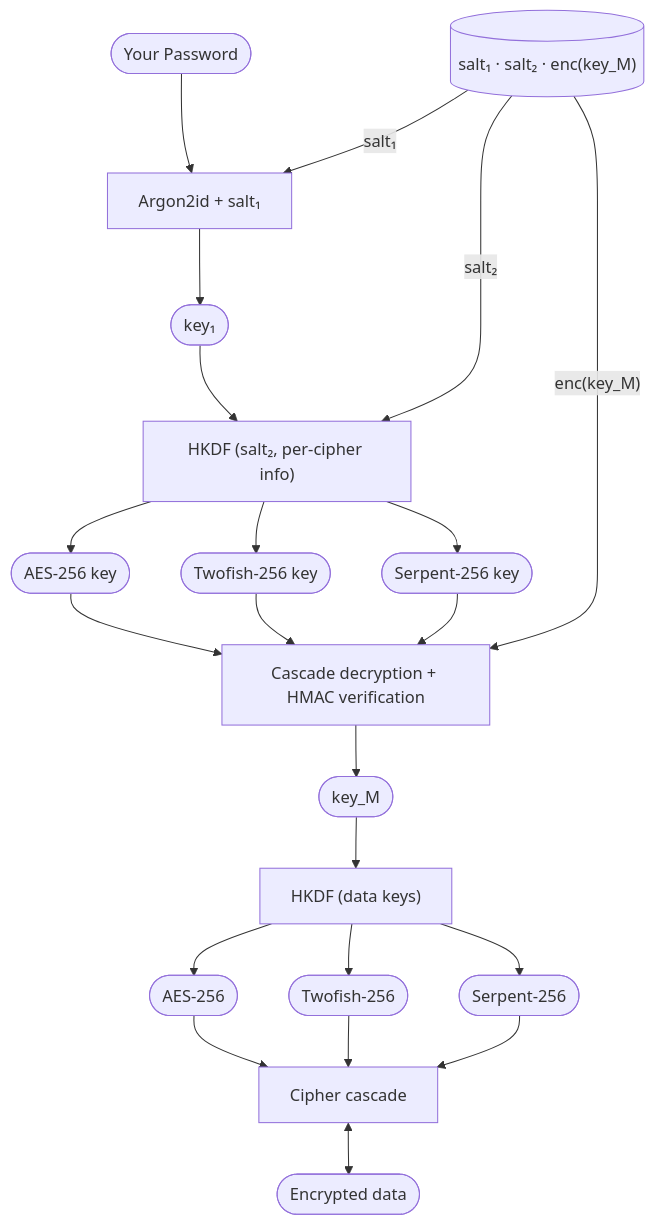
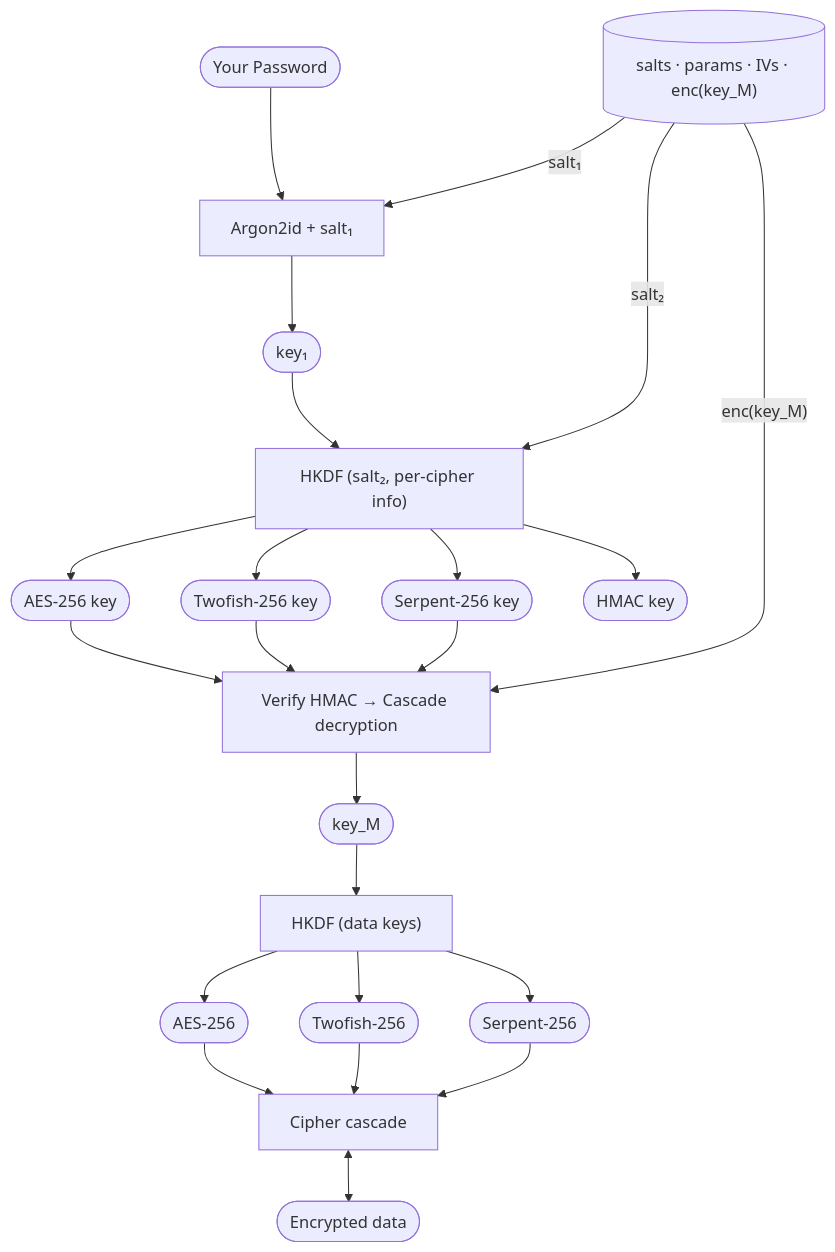
One commit to DeepinkApp/deepink changed the second of 2 diagrams in packages/site/src/content/docs/introduction/encryption.md. Above: the diagram before and after it, drawn with Mermaid. The commit also changed other lines of this file, not shown here.

````diff
--- a/packages/site/src/content/docs/introduction/encryption.md
+++ b/packages/site/src/content/docs/introduction/encryption.md
@@ -126,33 +152,34 @@
 ```mermaid
 flowchart TD
     PW(["Your Password"]) --> ARGON["Argon2id + salt₁"]
 
-    DISK[("salt₁ · salt₂ · enc(key_M)")] -->|"salt₁"| ARGON
+    DISK[("salts · params · IVs · enc(key_M)")] -->|"salt₁"| ARGON
     ARGON --> KEY1(["key₁"])
 
     KEY1 --> HKDF_W["HKDF (salt₂, per-cipher info)"]
     DISK -->|"salt₂"| HKDF_W
 
     HKDF_W --> WK1(["AES-256 key"])
     HKDF_W --> WK2(["Twofish-256 key"])
     HKDF_W --> WK3(["Serpent-256 key"])
+    HKDF_W --> AUTH(["HMAC key"])
 
-    DISK -->|"enc(key_M)"| CASDEC["Cascade decryption + HMAC verification"]
+    DISK -->|"enc(key_M)"| CASDEC["Verify HMAC → Cascade decryption"]
     WK1 --> CASDEC
     WK2 --> CASDEC
     WK3 --> CASDEC
 
     CASDEC --> KEYM(["key_M"])
 
     KEYM --> HKDF_D["HKDF (data keys)"]
 
     HKDF_D --> DK1(["AES-256"])
     HKDF_D --> DK2(["Twofish-256"])
     HKDF_D --> DK3(["Serpent-256"])
 
     DK1 --> DATACAS["Cipher cascade"]
     DK2 --> DATACAS
     DK3 --> DATACAS
 
     DATACAS <--> FILES(["Encrypted data"])
 ```
````
